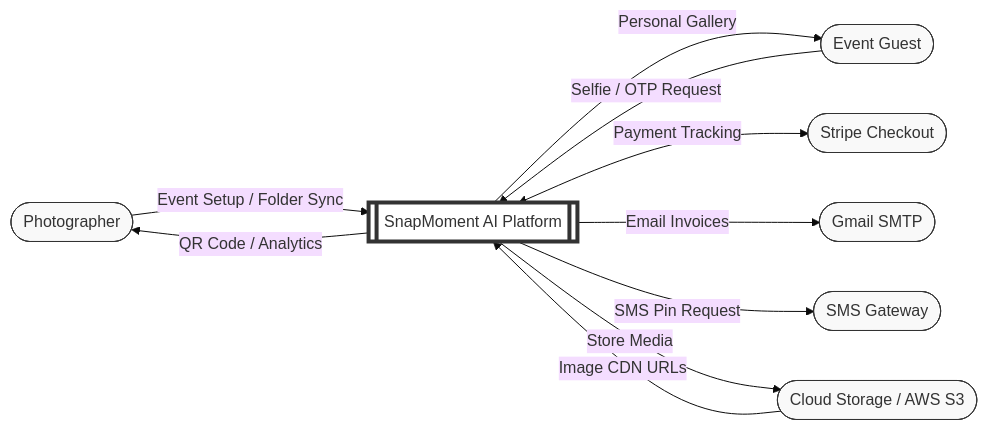
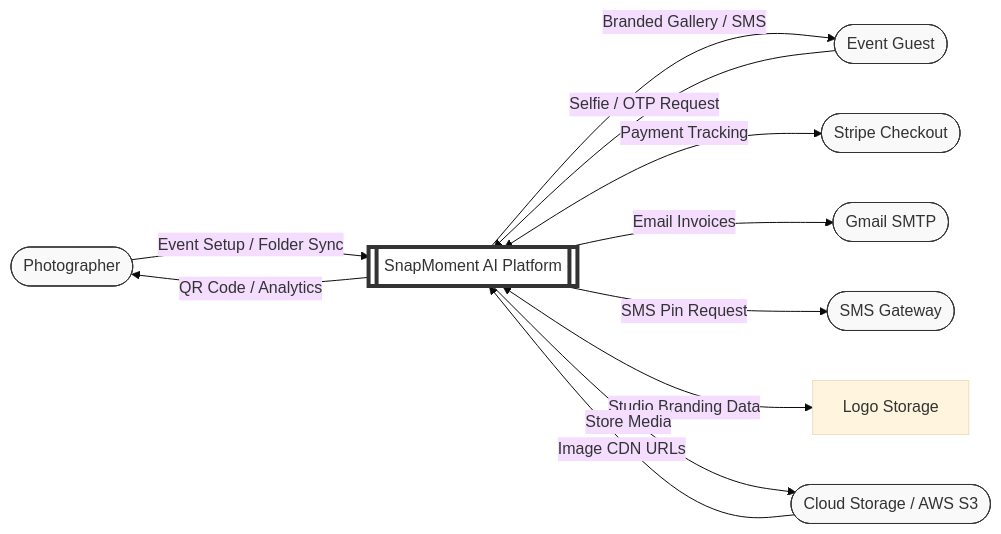
Before and after one commit to JoelJose212/SnapMoment: the first of 6 diagrams in README.md, drawn with Mermaid (base theme). The commit also changed other lines of this file, not shown here.

Commit message:
docs: update README with studio branding, fresher plan, and schema changes

````diff
--- a/README.md
+++ b/README.md
@@ -91,35 +92,37 @@
 ```mermaid
 graph LR
     %% External Entities (Ovals)
     Photog([Photographer])
     Guest([Event Guest])
     S3([Cloud Storage / AWS S3])
     SMS([SMS Gateway])
     Stripe([Stripe Checkout])
     Gmail([Gmail SMTP])
 
     %% Central Process (Box)
     System[[SnapMoment AI Platform]]
 
     %% Data Flows
     Photog -- "Event Setup / Folder Sync" --> System
     System -- "QR Code / Analytics" --> Photog
 
     Guest -- "Selfie / OTP Request" --> System
-    System -- "Personal Gallery" --> Guest
-
+    System -- "Branded Gallery / SMS" --> Guest
+    
     System -- "Payment Tracking" <--> Stripe
     System -- "Email Invoices" --> Gmail
     System -- "SMS Pin Request" --> SMS
+    
+    System -- "Studio Branding Data" <--> Pix[Logo Storage]
 
     System -- "Store Media" --> S3
     S3 -- "Image CDN URLs" --> System
 
     style System fill:#fff,stroke:#333,stroke-width:4px
     style Photog fill:#f9f9f9,stroke:#333
     style Guest fill:#f9f9f9,stroke:#333
     style S3 fill:#f9f9f9,stroke:#333
     style SMS fill:#f9f9f9,stroke:#333
     style Stripe fill:#f9f9f9,stroke:#333
     style Gmail fill:#f9f9f9,stroke:#333
 ```
````
